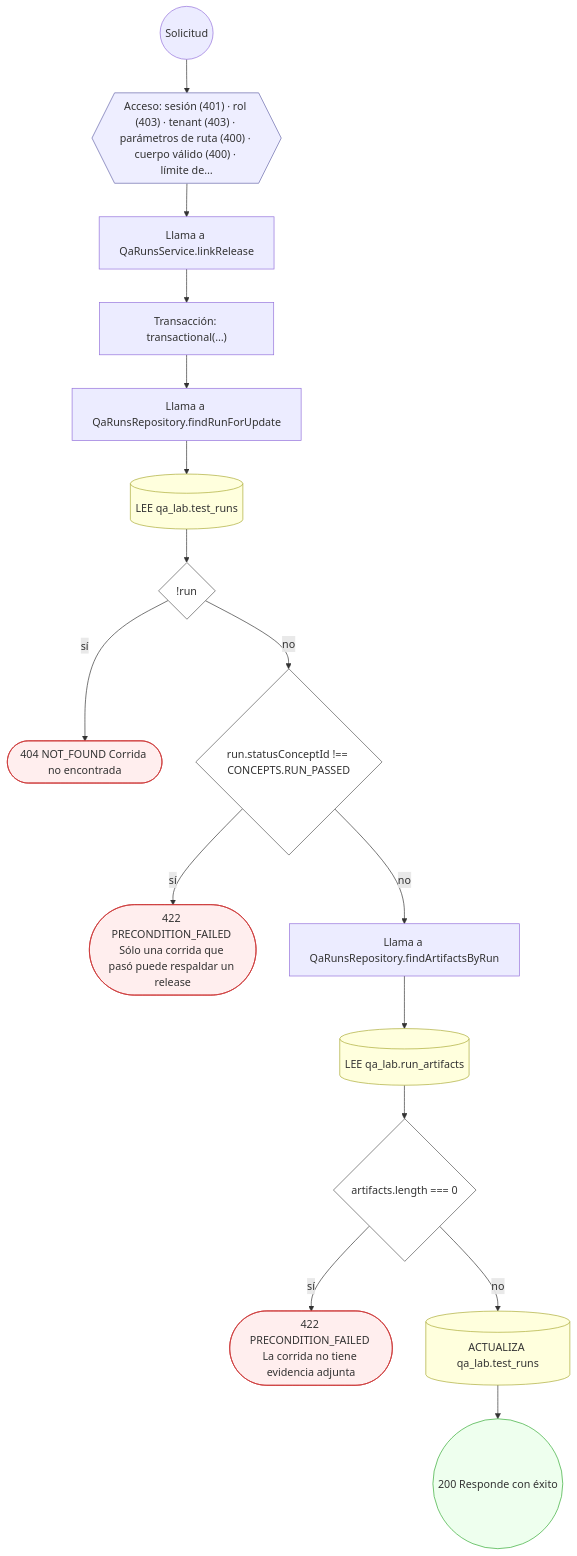
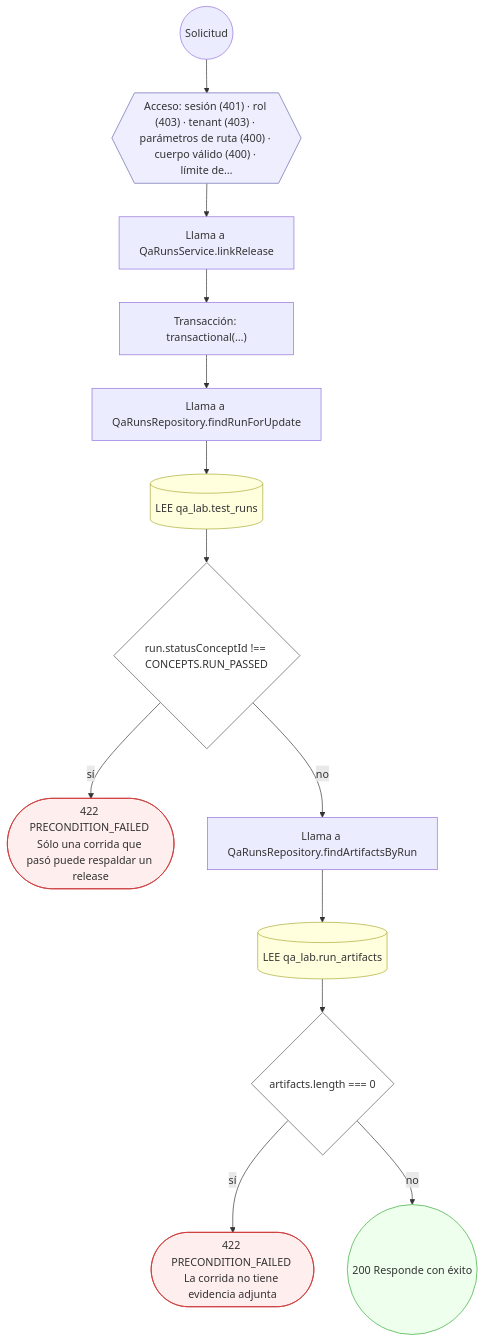
Before and after one commit to mdavila-2001/mantra-core-health-api: diagram 14 of 17 in docs/inventario/flujos/qa_lab.md, drawn with Mermaid. The commit also changed other lines of this file and 438 other files, not shown here.

````diff
--- a/docs/inventario/flujos/qa_lab.md
+++ b/docs/inventario/flujos/qa_lab.md
@@ -1100,40 +997,34 @@
 ```mermaid
 flowchart TD
   n1(("Solicitud")):::inicio
   n2{{"Acceso: sesión (401) · rol (403) · tenant (403) · parámetros de ruta (400) · cuerpo válido (400) · límite de…"}}:::acceso
   n1 --> n2
   n3["Llama a QaRunsService.linkRelease"]:::llamada
   n2 --> n3
   n4["Transacción: transactional(…)"]:::transaccion
   n3 --> n4
   n5["Llama a QaRunsRepository.findRunForUpdate"]:::llamada
   n4 --> n5
   n6[("LEE qa_lab.test_runs")]:::efecto
   n5 --> n6
-  n7{"!run"}:::decision
+  n7{"run.statusConceptId !== CONCEPTS.RUN_PASSED"}:::decision
   n6 --> n7
-  n8(["404 NOT_FOUND Corrida no encontrada"]):::error
+  n8(["422 PRECONDITION_FAILED Sólo una corrida que pasó puede respaldar un release"]):::error
   n7 -->|"sí"| n8
-  n9{"run.statusConceptId !== CONCEPTS.RUN_PASSED"}:::decision
+  n9["Llama a QaRunsRepository.findArtifactsByRun"]:::llamada
   n7 -->|"no"| n9
-  n10(["422 PRECONDITION_FAILED Sólo una corrida que pasó puede respaldar un release"]):::error
-  n9 -->|"sí"| n10
-  n11["Llama a QaRunsRepository.findArtifactsByRun"]:::llamada
-  n9 -->|"no"| n11
-  n12[("LEE qa_lab.run_artifacts")]:::efecto
-  n11 --> n12
-  n13{"artifacts.length === 0"}:::decision
-  n12 --> n13
-  n14(["422 PRECONDITION_FAILED La corrida no tiene evidencia adjunta"]):::error
-  n13 -->|"sí"| n14
-  n15[("ACTUALIZA qa_lab.test_runs")]:::efecto
-  n13 -->|"no"| n15
-  n16(("200 Responde con éxito")):::ok
-  n15 --> n16
+  n10[("LEE qa_lab.run_artifacts")]:::efecto
+  n9 --> n10
+  n11{"artifacts.length === 0"}:::decision
+  n10 --> n11
+  n12(["422 PRECONDITION_FAILED La corrida no tiene evidencia adjunta"]):::error
+  n11 -->|"sí"| n12
+  n13(("200 Responde con éxito")):::ok
+  n11 -->|"no"| n13
   classDef acceso fill:#eef,stroke:#66a
   classDef error fill:#fee,stroke:#c33
   classDef ok fill:#efe,stroke:#3a3
   classDef efecto fill:#ffd,stroke:#aa3
   classDef decision fill:#fff,stroke:#555
   classDef corte fill:#eee,stroke:#999,stroke-dasharray: 4
 ```
````
